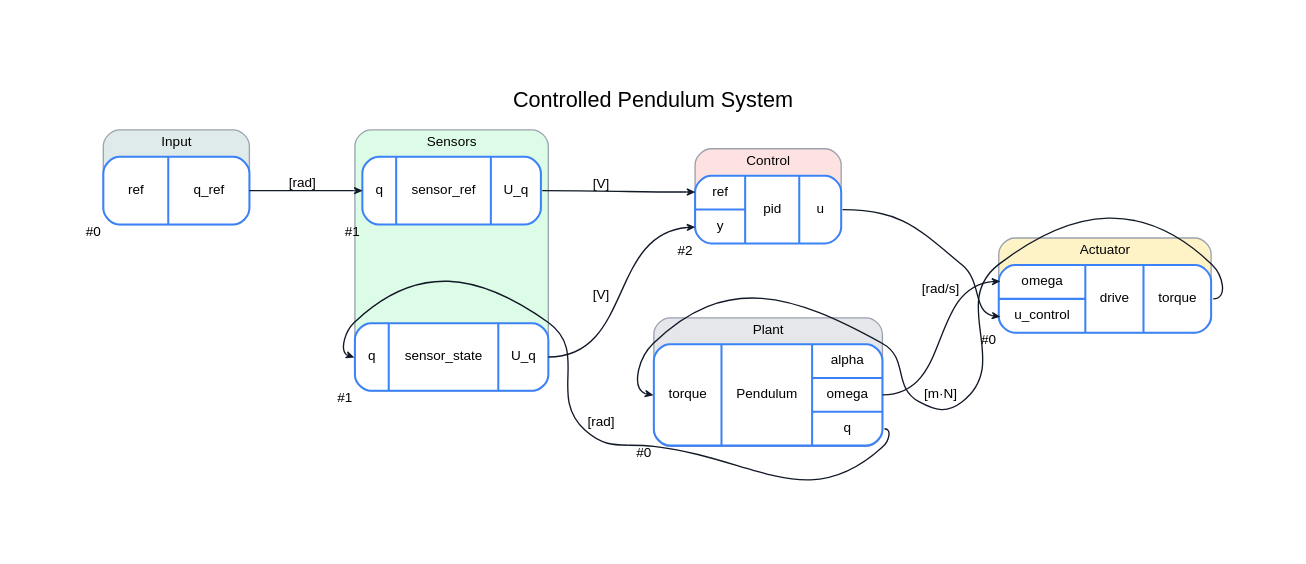
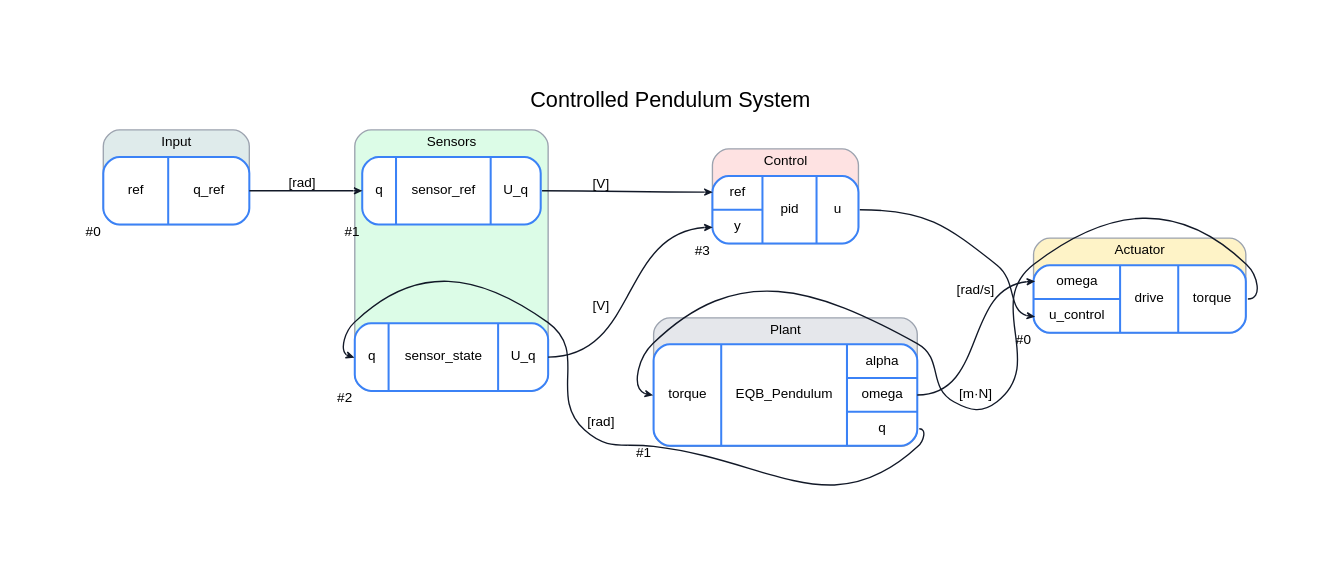
One commit to FlorianFrech/SystemSimulation changed the diagram in demos/ControlledPendulum/Digraph.gv. Above: the diagram before and after it, drawn with Graphviz. The commit also changed 41 other files, not shown here.

Commit message:
Update: -  demo reference notebook - demo co-sim algorithm verification - Added coupled drive modelica model for verification of algebraic coupling between pendulum and drive -  Update algebraic loop demo (DAE system with algebraic loop) - setup latex matplotlib plotting

```diff
--- a/demos/ControlledPendulum/Digraph.gv
+++ b/demos/ControlledPendulum/Digraph.gv
@@ -1,34 +1,34 @@
 // System: Controlled Pendulum System
 digraph {
 	graph [bgcolor=white compound=true esep=0 fontname=Helvetica fontsize=16 label="Controlled Pendulum System" labelloc=t margin=0.2 nodesep=1 pad=0.75 rankdir=LR ranksep=0.75 sep=0 smoothType=graph_dist splines=true]
 	node [color="#3b82f6" fillcolor=white fontname=Helvetica fontsize=10 height=0.7 margin="0.12,0.1" penwidth=1.5 shape=record style="rounded,filled" width=1.5]
 	edge [arrowhead=open arrowsize=0.5 arrowtail=none color="#111827" dir=forward fontname=Helvetica fontsize=10 labelangle=45 labelfontcolor="#374151" minlen=1.4 penwidth=1 style=solid]
 	subgraph cluster_Input {
 		bgcolor="#dfebeb" color="#9ca3af" fontname=Helvetica fontsize=10 label=Input style=rounded
 		ref [label="{ ref | { <q_ref> q_ref } }" xlabel="#0"]
 	}
 	subgraph cluster_Sensors {
 		bgcolor="#dcfce7" color="#9ca3af" fontname=Helvetica fontsize=10 label=Sensors style=rounded
 		sensor_ref [label="{ { <q> q } | sensor_ref | { <U_q> U_q } }" xlabel="#1"]
-		sensor_state [label="{ { <q> q } | sensor_state | { <U_q> U_q } }" xlabel="#1"]
+		sensor_state [label="{ { <q> q } | sensor_state | { <U_q> U_q } }" xlabel="#2"]
 	}
 	subgraph cluster_Control {
 		bgcolor="#fee2e2" color="#9ca3af" fontname=Helvetica fontsize=10 label=Control style=rounded
-		pid [label="{ { <ref> ref | <y> y } | pid | { <u> u } }" xlabel="#2"]
+		pid [label="{ { <ref> ref | <y> y } | pid | { <u> u } }" xlabel="#3"]
 	}
 	subgraph cluster_Actuator {
 		bgcolor="#fef3c7" color="#9ca3af" fontname=Helvetica fontsize=10 label=Actuator style=rounded
 		drive [label="{ { <omega> omega | <u_control> u_control } | drive | { <torque> torque } }" xlabel="#0"]
 	}
 	subgraph cluster_Plant {
 		bgcolor="#e5e7eb" color="#9ca3af" fontname=Helvetica fontsize=10 label=Plant style=rounded
-		Pendulum [label="{ { <torque> torque } | Pendulum | { <alpha> alpha | <omega> omega | <q> q } }" xlabel="#0"]
+		EQB_Pendulum [label="{ { <torque> torque } | EQB_Pendulum | { <alpha> alpha | <omega> omega | <q> q } }" xlabel="#1"]
 	}
 	ref -> sensor_ref [label="[rad]" color="#111827" headclip=true headport="q:w" style=solid tailclip=true tailport="q_ref:e"]
-	Pendulum -> sensor_state [label="[rad]" color="#111827" headclip=true headport="q:w" style=solid tailclip=true tailport="q:e"]
+	EQB_Pendulum -> sensor_state [label="[rad]" color="#111827" headclip=true headport="q:w" style=solid tailclip=true tailport="q:e"]
 	sensor_ref -> pid [label="[V]" color="#111827" headclip=true headport="ref:w" style=solid tailclip=true tailport="U_q:e"]
 	sensor_state -> pid [label="[V]" color="#111827" headclip=true headport="y:w" style=solid tailclip=true tailport="U_q:e"]
 	pid -> drive [label="" color="#111827" headclip=true headport="u_control:w" style=solid tailclip=true tailport="u:e"]
-	drive -> Pendulum [label="[m·N]" color="#111827" headclip=true headport="torque:w" style=solid tailclip=true tailport="torque:e"]
-	Pendulum -> drive [label="[rad/s]" color="#111827" headclip=true headport="omega:w" style=solid tailclip=true tailport="omega:e"]
+	drive -> EQB_Pendulum [label="[m·N]" color="#111827" headclip=true headport="torque:w" style=solid tailclip=true tailport="torque:e"]
+	EQB_Pendulum -> drive [label="[rad/s]" color="#111827" headclip=true headport="omega:w" style=solid tailclip=true tailport="omega:e"]
 }
```
